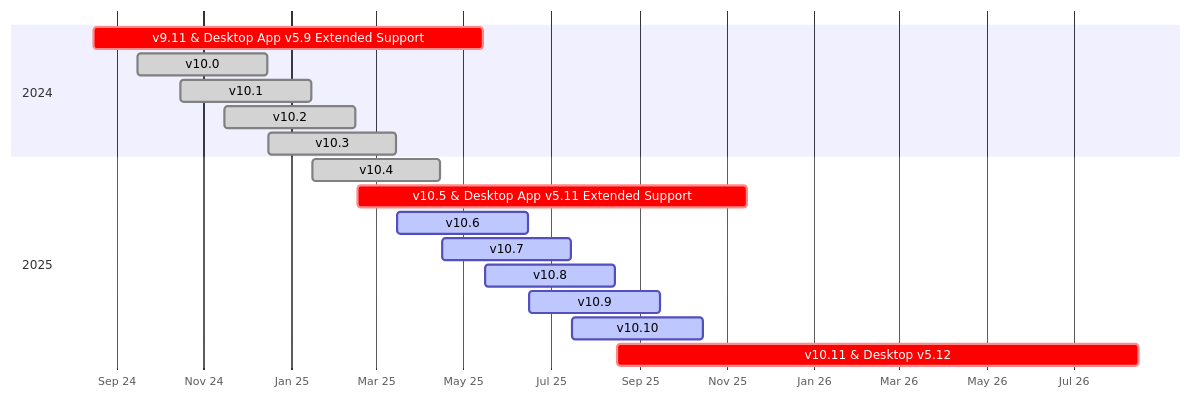
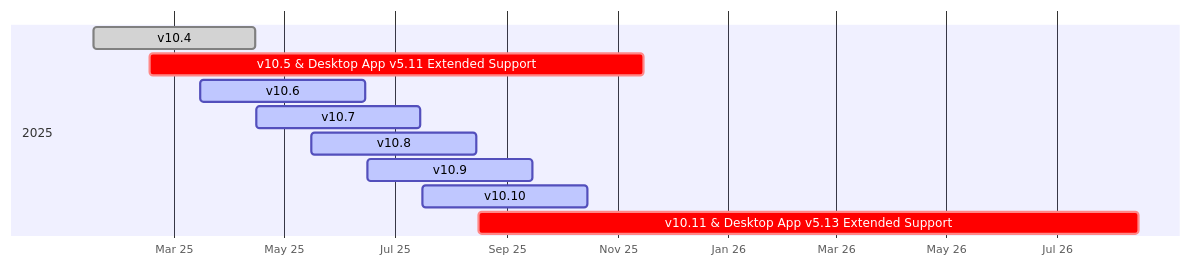
One commit to mattermost/docs changed the diagram in source/about/release-policy.md. Above: the diagram before and after it, drawn with Mermaid.

````diff
--- a/source/about/release-policy.md
+++ b/source/about/release-policy.md
@@ -48,24 +48,17 @@
 ```{mermaid}
 
 gantt
     dateFormat  YYYY-MM-DD
     axisFormat  %b %y
     tickInterval 2month
     
-    section 2024
-    v9.11 & Desktop App v5.9 Extended Support :crit,    2024-08-16, 2025-05-15
-    v10.0                  :done,    2024-09-16, 2024-12-15
-    v10.1                  :done,    2024-10-16, 2025-01-15
-    v10.2                  :done,  2024-11-15, 2025-02-15
-    v10.3                  :done,  2024-12-16, 2025-03-15
-
     section 2025
     v10.4                  :done,  2025-01-16, 2025-04-15
     v10.5 & Desktop App v5.11 Extended Support :crit,    2025-02-16, 2025-11-15
     v10.6                  :active, 2025-03-16, 2025-06-15
     v10.7                  :active, 2025-04-16, 2025-07-15
     v10.8                  :active, 2025-05-16, 2025-08-15
     v10.9                  :active, 2025-06-16, 2025-09-15
     v10.10                 :active, 2025-07-16, 2025-10-15
-    v10.11 & Desktop v5.12 :crit, 2025-08-16, 2026-08-15
+    v10.11 & Desktop App v5.13 Extended Support :crit,    2025-08-16, 2026-08-15
 ```
````
